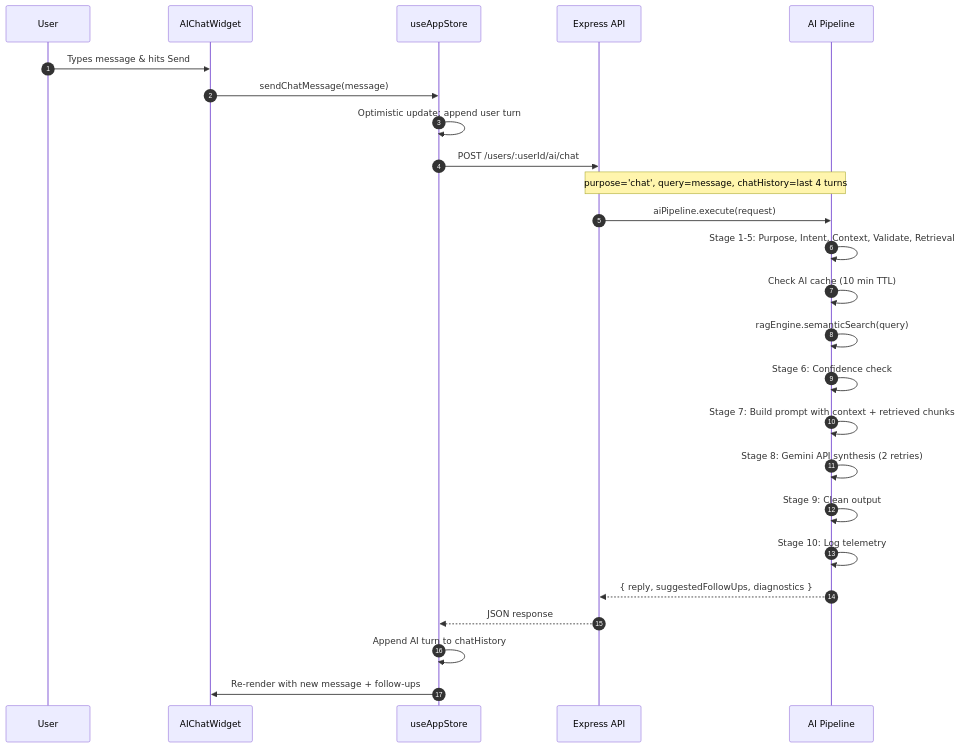
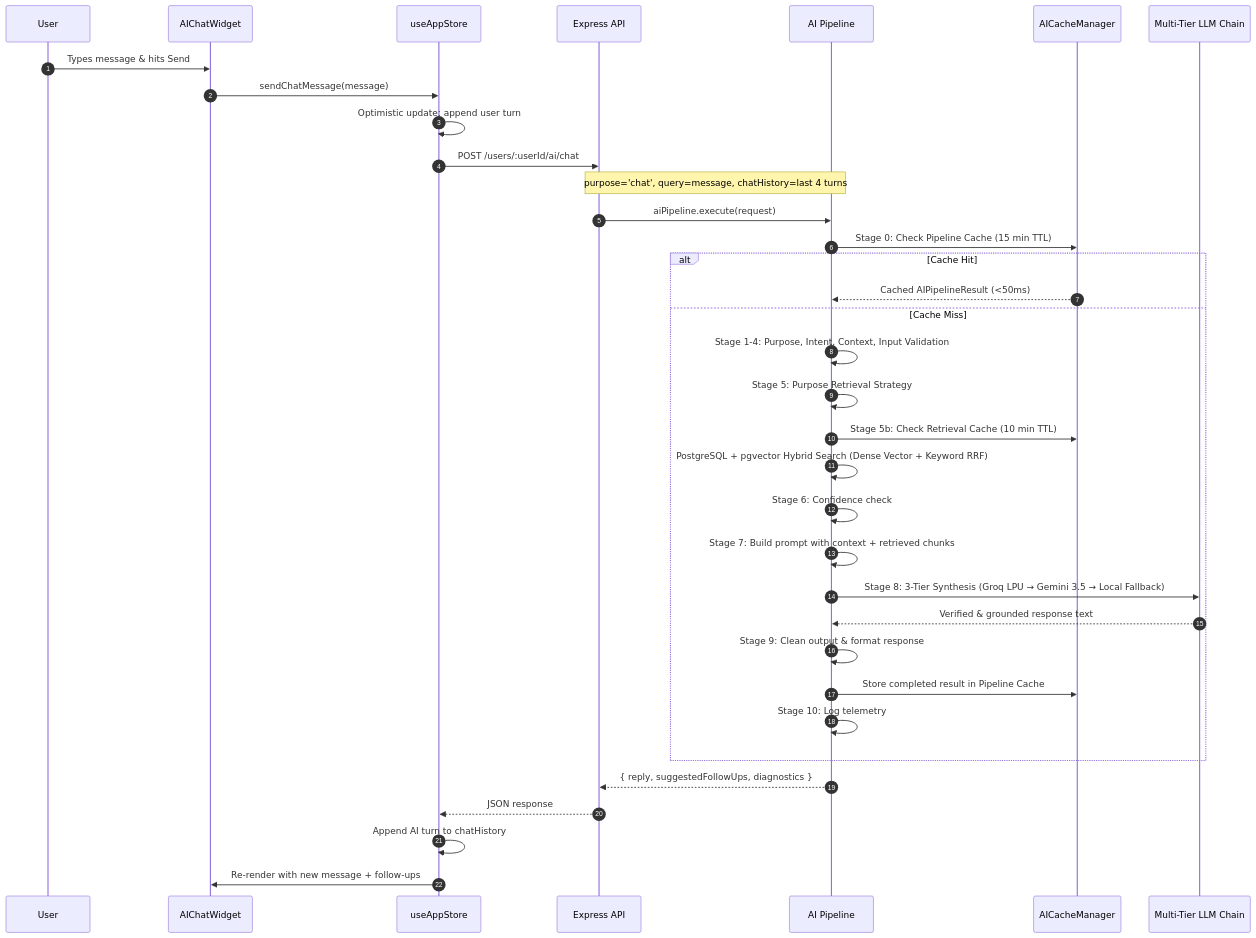
One commit to AbhayBhise/Personal-Wealth-Management-Module--Weallth changed the eighth of 9 diagrams in PROJECT_DOCUMENTATION.md. Above: the diagram before and after it, drawn with Mermaid. The commit also changed other lines of this file and 3 other files, not shown here.

Commit message:
docs: update PROJECT_DOCUMENTATION.md and README.md with 3-tier LLM fallback, pgvector, and caching architecture

````diff
--- a/PROJECT_DOCUMENTATION.md
+++ b/PROJECT_DOCUMENTATION.md
@@ -991,28 +997,38 @@
 ```mermaid
 sequenceDiagram
     autonumber
     participant U as User
     participant FE as AIChatWidget
     participant STORE as useAppStore
     participant API as Express API
     participant PIPE as AI Pipeline
+    participant CACHE as AICacheManager
+    participant LLM as Multi-Tier LLM Chain
 
     U->>FE: Types message & hits Send
     FE->>STORE: sendChatMessage(message)
     STORE->>STORE: Optimistic update: append user turn
     STORE->>API: POST /users/:userId/ai/chat
     Note over API,PIPE: purpose='chat', query=message, chatHistory=last 4 turns
     API->>PIPE: aiPipeline.execute(request)
-    PIPE->>PIPE: Stage 1-5: Purpose, Intent, Context, Validate, Retrieval
-    PIPE->>PIPE: Check AI cache (10 min TTL)
-    PIPE->>PIPE: ragEngine.semanticSearch(query)
-    PIPE->>PIPE: Stage 6: Confidence check
-    PIPE->>PIPE: Stage 7: Build prompt with context + retrieved chunks
-    PIPE->>PIPE: Stage 8: Gemini API synthesis (2 retries)
-    PIPE->>PIPE: Stage 9: Clean output
-    PIPE->>PIPE: Stage 10: Log telemetry
+    PIPE->>CACHE: Stage 0: Check Pipeline Cache (15 min TTL)
+    alt Cache Hit
+        CACHE-->>PIPE: Cached AIPipelineResult (<50ms)
+    else Cache Miss
+        PIPE->>PIPE: Stage 1-4: Purpose, Intent, Context, Input Validation
+        PIPE->>PIPE: Stage 5: Purpose Retrieval Strategy
+        PIPE->>CACHE: Stage 5b: Check Retrieval Cache (10 min TTL)
+        PIPE->>PIPE: PostgreSQL + pgvector Hybrid Search (Dense Vector + Keyword RRF)
+        PIPE->>PIPE: Stage 6: Confidence check
+        PIPE->>PIPE: Stage 7: Build prompt with context + retrieved chunks
+        PIPE->>LLM: Stage 8: 3-Tier Synthesis (Groq LPU → Gemini 3.5 → Local Fallback)
+        LLM-->>PIPE: Verified & grounded response text
+        PIPE->>PIPE: Stage 9: Clean output & format response
+        PIPE->>CACHE: Store completed result in Pipeline Cache
+        PIPE->>PIPE: Stage 10: Log telemetry
+    end
     PIPE-->>API: { reply, suggestedFollowUps, diagnostics }
     API-->>STORE: JSON response
     STORE->>STORE: Append AI turn to chatHistory
     STORE->>FE: Re-render with new message + follow-ups
 ```
````
